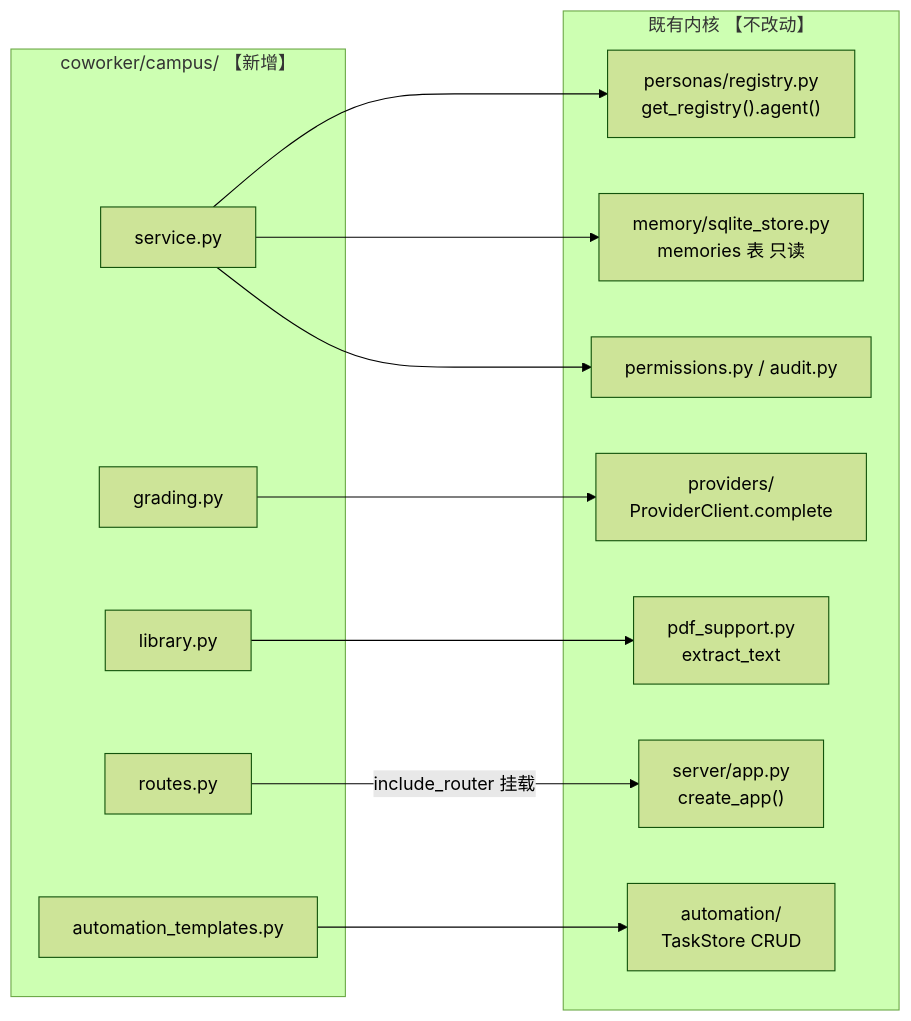
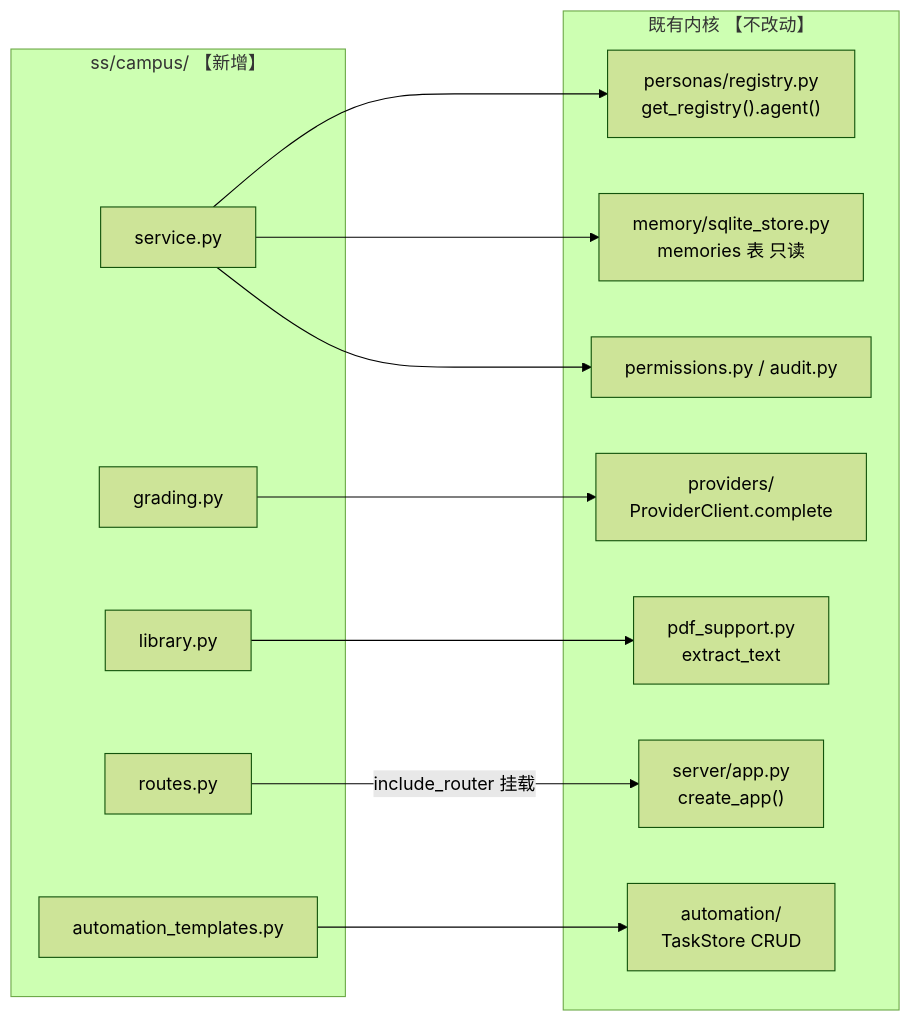
One commit to light-misty/Stealth-Study changed the second of 5 diagrams in docs/dev/01-系统架构设计.md. Above: the diagram before and after it, drawn with Mermaid (forest theme). The commit also changed other lines of this file and 358 other files, not shown here.

````diff
--- a/docs/dev/01-系统架构设计.md
+++ b/docs/dev/01-系统架构设计.md
@@ -199,26 +199,26 @@
 ```mermaid
 flowchart LR
-    subgraph CAMPUS["coworker/campus/  【新增】"]
+    subgraph CAMPUS["ss/campus/  【新增】"]
         S["service.py"]
         G["grading.py"]
         L["library.py"]
         R["routes.py"]
         AT["automation_templates.py"]
     end
     subgraph KERNEL["既有内核  【不改动】"]
         P["providers/<br/>ProviderClient.complete"]
         PR["personas/registry.py<br/>get_registry().agent()"]
         AU["automation/<br/>TaskStore CRUD"]
         M["memory/sqlite_store.py<br/>memories 表 只读"]
         PM["permissions.py / audit.py"]
         PD["pdf_support.py<br/>extract_text"]
         SA["server/app.py<br/>create_app()"]
     end
     R -->|"include_router 挂载"| SA
     S --> PR
     S --> M
     S --> PM
     G --> P
     L --> PD
     AT --> AU
 ```
````
